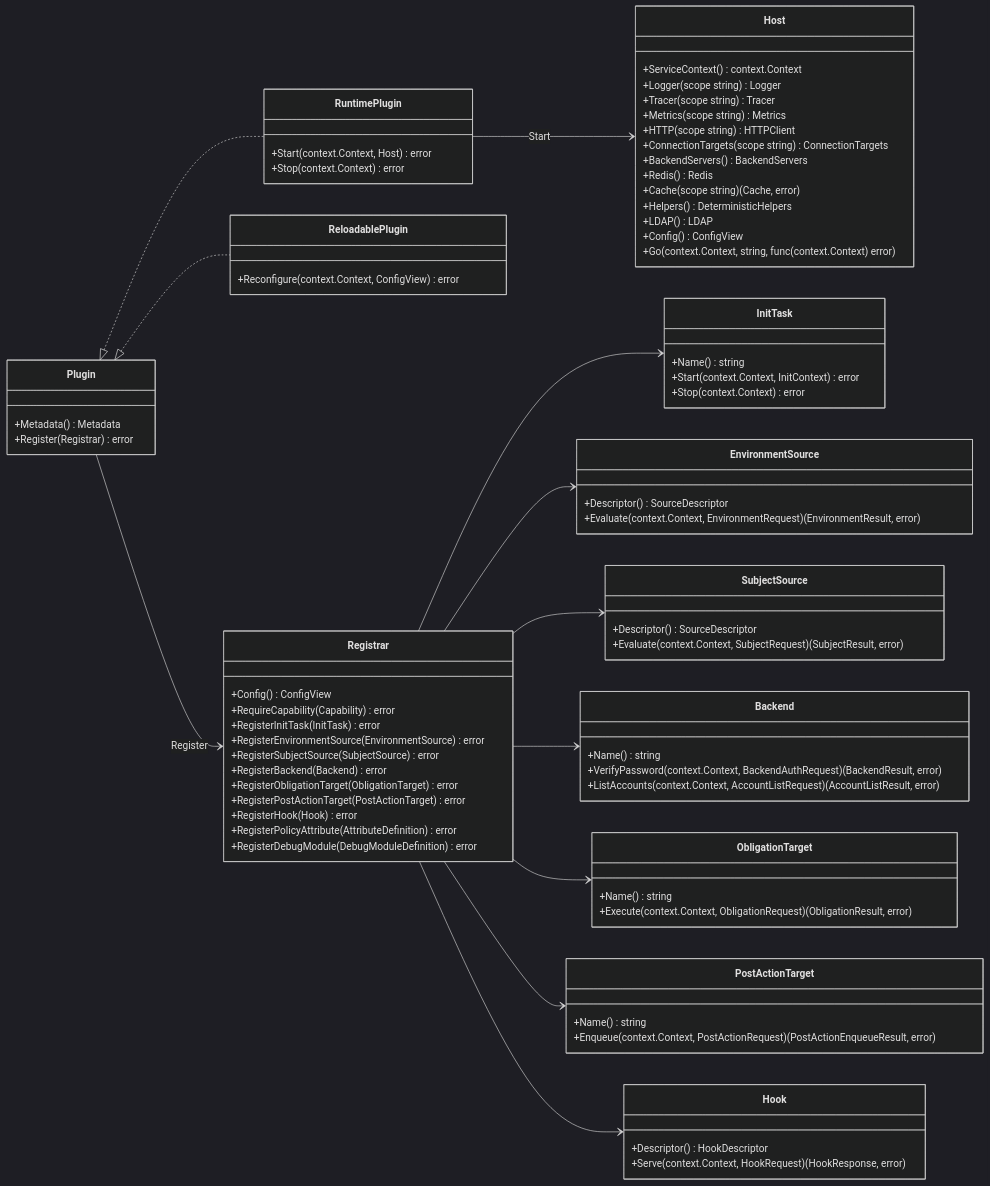
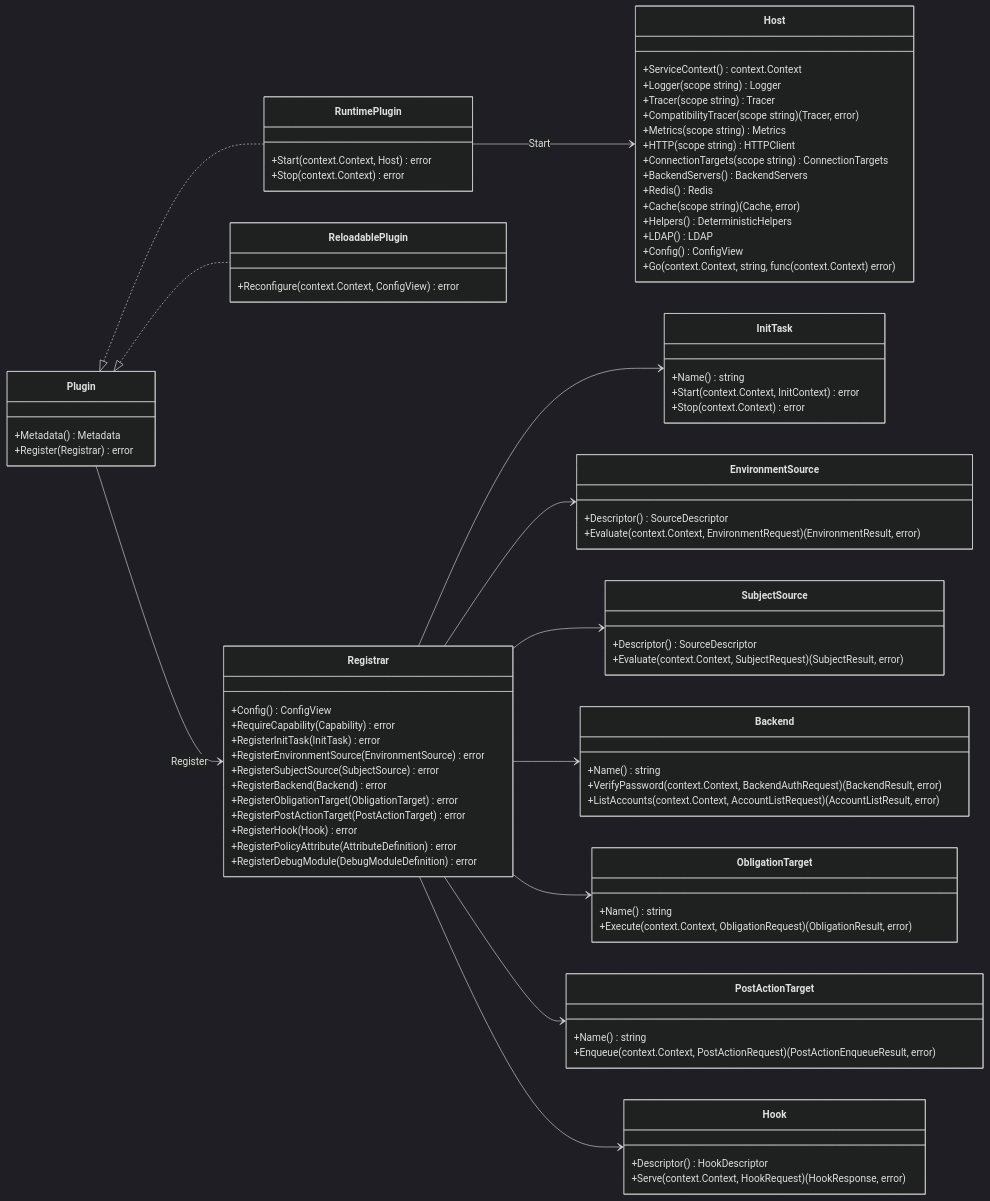
The first of 3 diagrams in server/docs/go_plugin_developer_api.md (croessner/nauthilus), drawn with Mermaid (dark theme) before and after one commit. The commit also changed other lines of this file and 75 other files, not shown here.

```diff
--- a/server/docs/go_plugin_developer_api.md
+++ b/server/docs/go_plugin_developer_api.md
@@ -59,6 +59,7 @@
         +ServiceContext() context.Context
         +Logger(scope string) Logger
         +Tracer(scope string) Tracer
+        +CompatibilityTracer(scope string) (Tracer, error)
         +Metrics(scope string) Metrics
         +HTTP(scope string) HTTPClient
         +ConnectionTargets(scope string) ConnectionTargets
```
